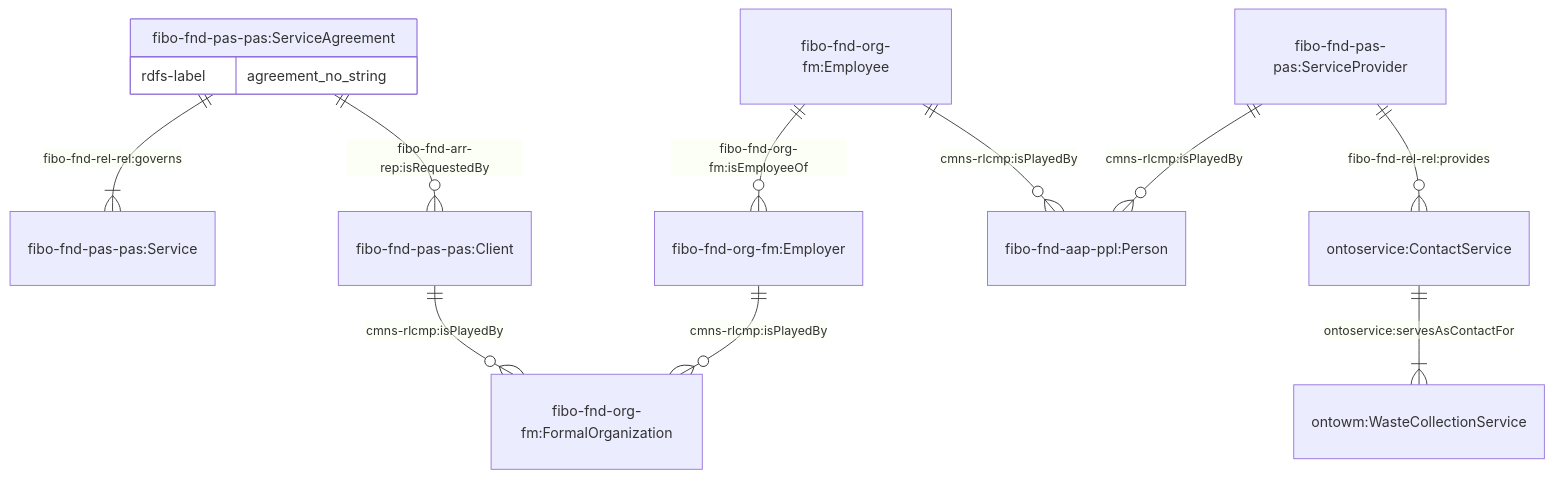
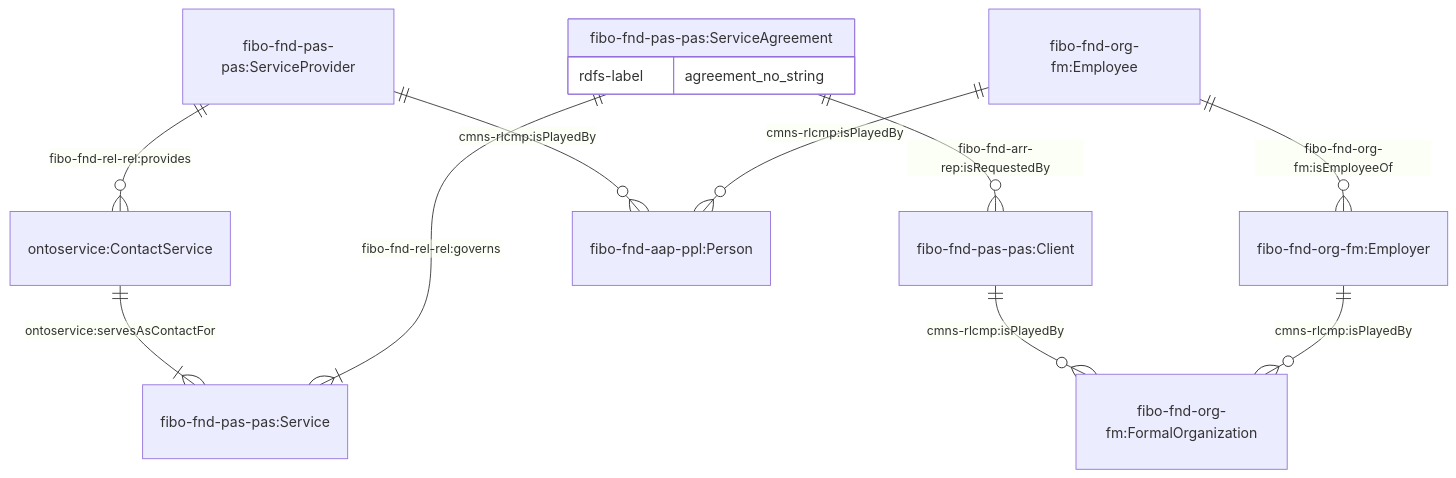
One commit to cambridge-cares/TheWorldAvatar changed the second of 11 diagrams in JPS_Ontology/ontology/ontowastemanagement/README.md. Above: the diagram before and after it, drawn with Mermaid.

Commit message:
ontowastemanagement: Edit wrong concept in readme

````diff
--- a/JPS_Ontology/ontology/ontowastemanagement/README.md
+++ b/JPS_Ontology/ontology/ontowastemanagement/README.md
@@ -128,17 +128,17 @@
 ```mermaid
     erDiagram
     "fibo-fnd-pas-pas:ServiceAgreement" {
         rdfs-label agreement_no_string
     }
     "fibo-fnd-pas-pas:ServiceAgreement" ||--|{ "fibo-fnd-pas-pas:Service" : "fibo-fnd-rel-rel:governs"
 
     "fibo-fnd-pas-pas:ServiceAgreement" ||--o{ "fibo-fnd-pas-pas:Client" : "fibo-fnd-arr-rep:isRequestedBy"
     "fibo-fnd-org-fm:Employer" ||--o{ "fibo-fnd-org-fm:FormalOrganization"  : "cmns-rlcmp:isPlayedBy"
     "fibo-fnd-pas-pas:Client" ||--o{ "fibo-fnd-org-fm:FormalOrganization"  : "cmns-rlcmp:isPlayedBy"
 
     "fibo-fnd-org-fm:Employee" ||--o{ "fibo-fnd-org-fm:Employer" : "fibo-fnd-org-fm:isEmployeeOf"
     "fibo-fnd-org-fm:Employee" ||--o{ "fibo-fnd-aap-ppl:Person"  : "cmns-rlcmp:isPlayedBy"
     "fibo-fnd-pas-pas:ServiceProvider" ||--o{ "fibo-fnd-aap-ppl:Person"  : "cmns-rlcmp:isPlayedBy"
     "fibo-fnd-pas-pas:ServiceProvider" ||--o{ "ontoservice:ContactService"  : "fibo-fnd-rel-rel:provides"
-    "ontoservice:ContactService" ||--|{ "ontowm:WasteCollectionService" : "ontoservice:servesAsContactFor"
+    "ontoservice:ContactService" ||--|{ "fibo-fnd-pas-pas:Service" : "ontoservice:servesAsContactFor"
 ```
````
